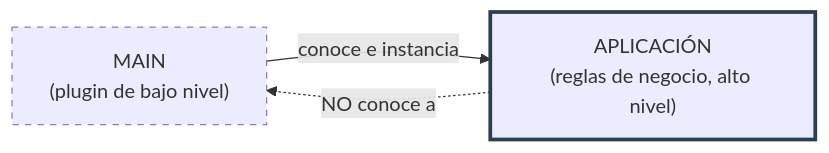
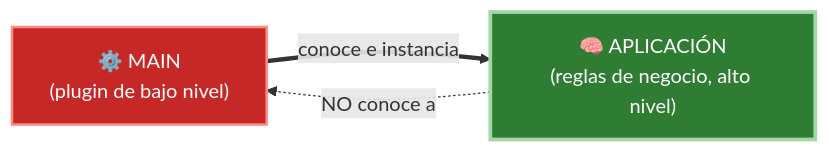
One commit to JavierMachucaA/clean-architecture-guia changed the second of 2 diagrams in 12-organizacion-del-codigo/04-el-componente-main.md. Above: the diagram before and after it, drawn with Mermaid. The commit also changed other lines of this file and 45 other files, not shown here.

````diff
--- a/12-organizacion-del-codigo/04-el-componente-main.md
+++ b/12-organizacion-del-codigo/04-el-componente-main.md
@@ -38,7 +31,7 @@
 ```mermaid
 flowchart LR
-    Main["MAIN<br/>(plugin de bajo nivel)"] -->|conoce e instancia| App["APLICACIÓN<br/>(reglas de negocio, alto nivel)"]
+    Main["⚙️ MAIN<br/>(plugin de bajo nivel)"] ==>|conoce e instancia| App["🧠 APLICACIÓN<br/>(reglas de negocio, alto nivel)"]
     App -.->|NO conoce a| Main
-    style Main stroke-dasharray: 5 5
-    style App stroke:#2c3e50,stroke-width:3px
+    style Main fill:#c62828,stroke:#ff8a80,color:#fff,stroke-width:2px
+    style App fill:#2e7d32,stroke:#a5d6a7,color:#fff,stroke-width:3px
 ```
````
